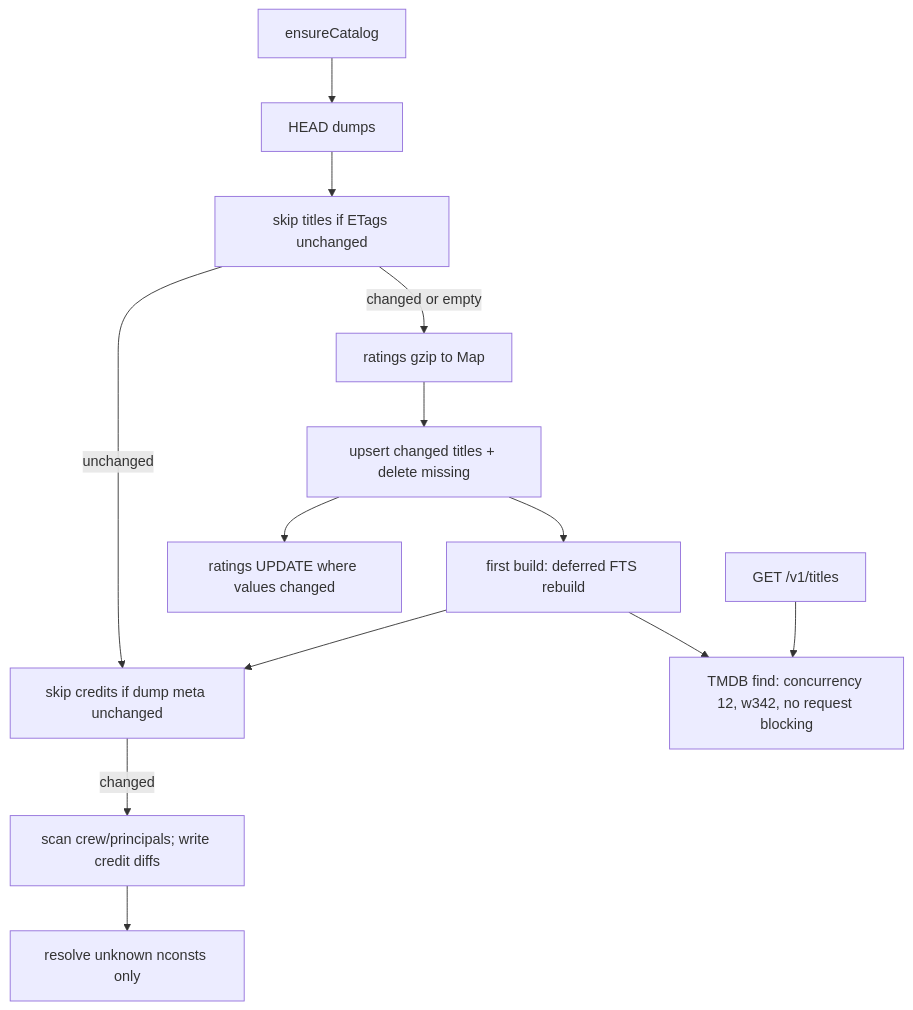
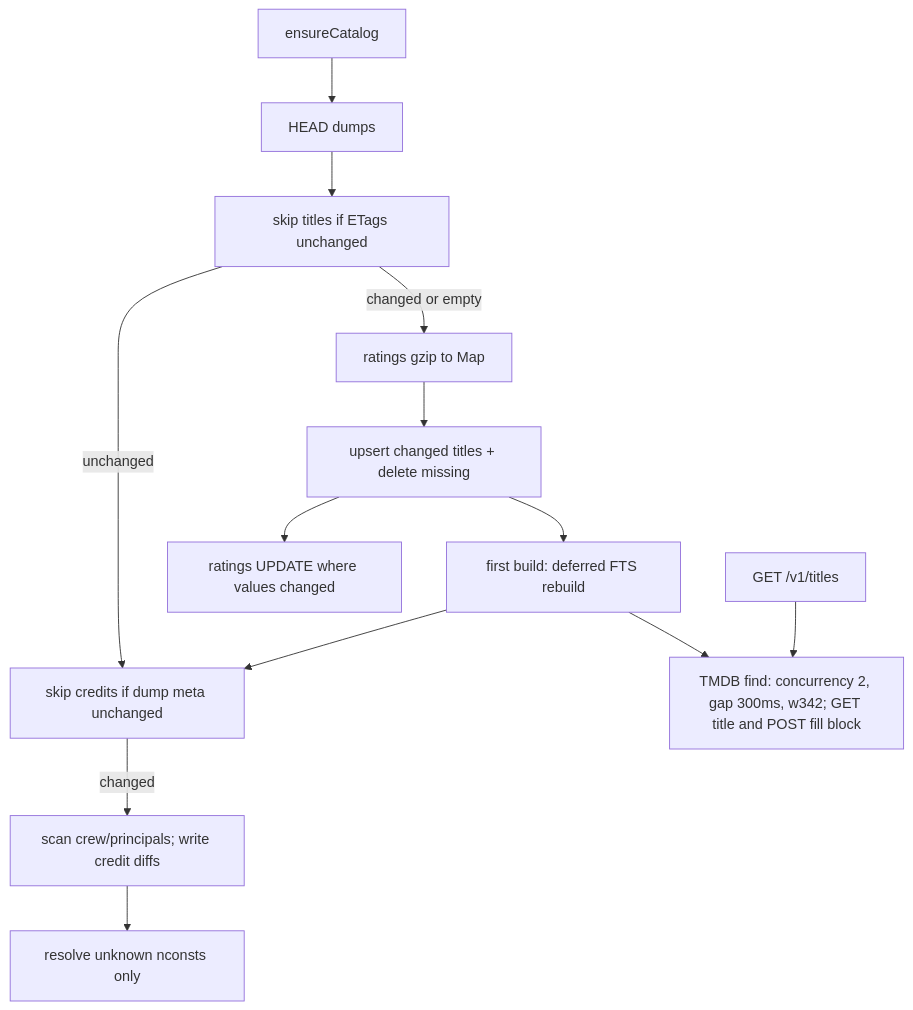
The first of 2 diagrams in docs/cataloguing.md (mattgoespro/rescore), drawn with Mermaid before and after one commit. The commit also changed other lines of this file and 7 other files, not shown here.

````diff
--- a/docs/cataloguing.md
+++ b/docs/cataloguing.md
@@ -274,28 +276,28 @@
 ```mermaid
 flowchart TD
   ensure["ensureCatalog"]
   dumps["HEAD dumps"]
   skip["skip titles if ETags unchanged"]
   ratingsMap["ratings gzip to Map"]
   reconcile["upsert changed titles + delete missing"]
   ftsFirst["first build: deferred FTS rebuild"]
   creditsSkip["skip credits if dump meta unchanged"]
   creditsScan["scan crew/principals; write credit diffs"]
   names["resolve unknown nconsts only"]
   ratingsDiff["ratings UPDATE where values changed"]
-  tmdb["TMDB find: concurrency 12, w342, no request blocking"]
+  tmdb["TMDB find: concurrency 2, gap 300ms, w342; GET title and POST fill block"]
   serve["GET /v1/titles"]
 
   ensure --> dumps
   dumps --> skip
   skip -->|"changed or empty"| ratingsMap
   skip -->|"unchanged"| creditsSkip
   ratingsMap --> reconcile
   reconcile --> ftsFirst
   ftsFirst --> creditsSkip
   creditsSkip -->|"changed"| creditsScan
   creditsScan --> names
   reconcile --> ratingsDiff
   ftsFirst --> tmdb
   serve --> tmdb
 ```
````
